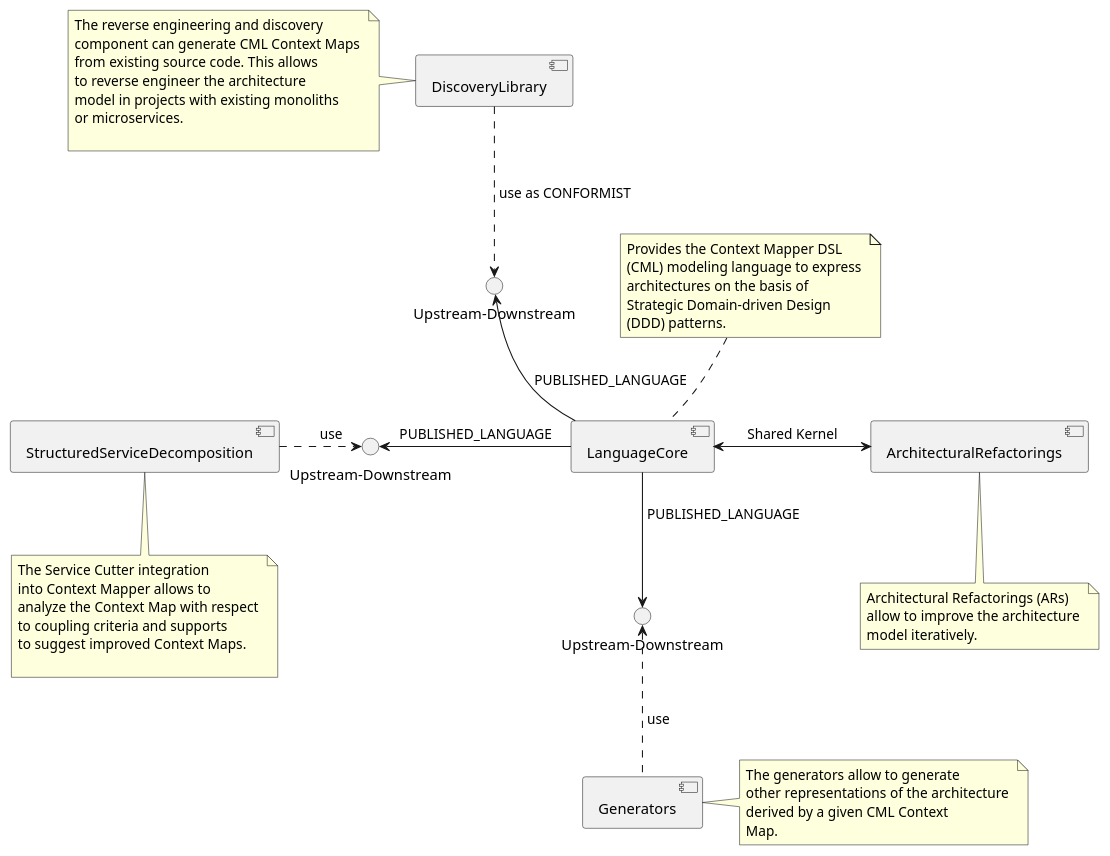
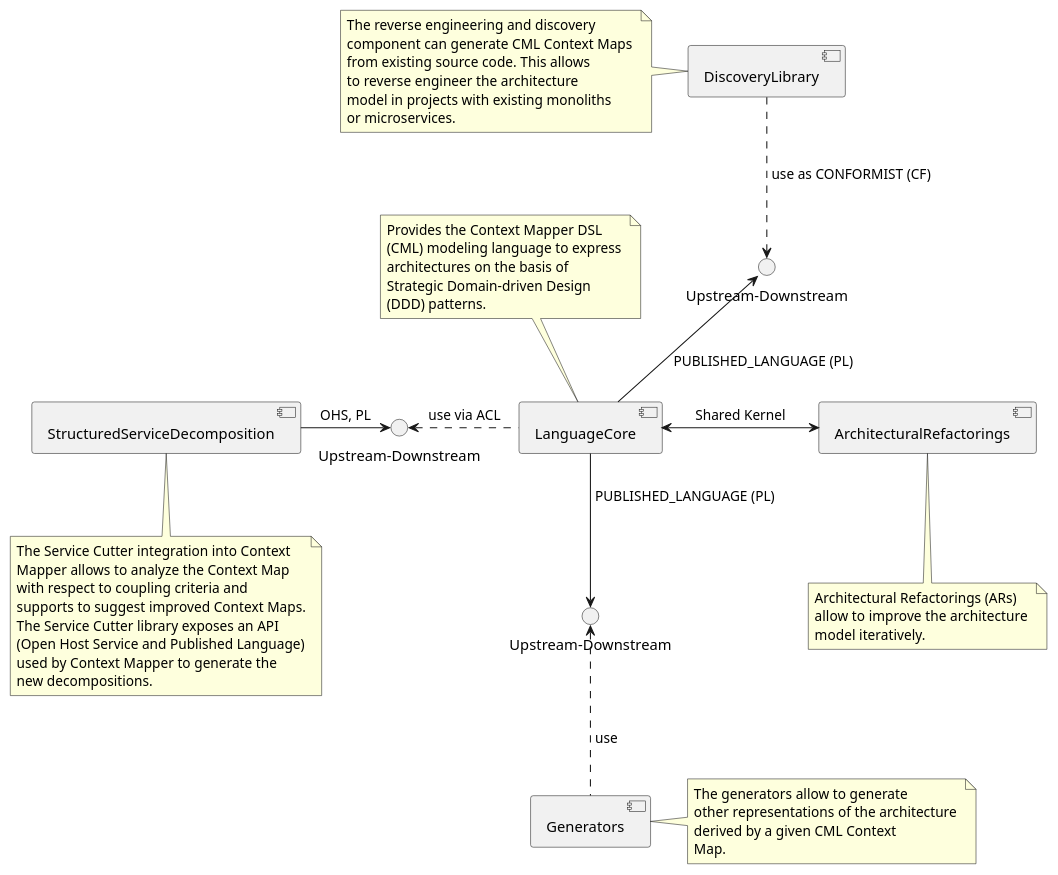
One commit to ContextMapper/context-mapper-examples changed the diagram in src/main/cml/context-mapper-example/images/ContextMapper-Example-Simple_ComponentDiagram.puml. Above: the diagram before and after it, drawn with PlantUML. The commit also changed 5 other files, not shown here.

Commit message:
Correction in Context Mapper example

```diff
--- a/src/main/cml/context-mapper-example/images/ContextMapper-Example-Simple_ComponentDiagram.puml
+++ b/src/main/cml/context-mapper-example/images/ContextMapper-Example-Simple_ComponentDiagram.puml
@@ -1,62 +1,63 @@
 @startuml
 skinparam componentStyle uml2
 
 component [LanguageCore]
 note top of [LanguageCore]
 Provides the Context Mapper DSL 
 (CML) modeling language to express 
 architectures on the basis of 
 Strategic Domain-driven Design 
 (DDD) patterns. 
 end note
 
 component [ArchitecturalRefactorings]
 note bottom of [ArchitecturalRefactorings]
 Architectural Refactorings (ARs) 
 allow to improve the architecture 
 model iteratively. 
 end note
 
 component [StructuredServiceDecomposition]
 note bottom of [StructuredServiceDecomposition]
-The Service Cutter integration 
-into Context Mapper allows to 
-analyze the Context Map with respect 
-to coupling criteria and supports 
-to suggest improved Context Maps. 
-
+The Service Cutter integration into Context 
+Mapper allows to analyze the Context Map 
+with respect to coupling criteria and 
+supports to suggest improved Context Maps.
+The Service Cutter library exposes an API
+(Open Host Service and Published Language)
+used by Context Mapper to generate the
+new decompositions. 
 end note
 
 component [DiscoveryLibrary]
 note left of [DiscoveryLibrary]
 The reverse engineering and discovery 
 component can generate CML Context Maps 
 from existing source code. This allows 
 to reverse engineer the architecture 
 model in projects with existing monoliths 
 or microservices. 
-
 end note
 
 component [Generators]
 note right of [Generators]
 The generators allow to generate 
 other representations of the architecture 
 derived by a given CML Context 
 Map. 
 end note
 
 interface "Upstream-Downstream" as DiscoveryLibrary_to_LanguageCore
-[LanguageCore] -up-> DiscoveryLibrary_to_LanguageCore : PUBLISHED_LANGUAGE
-[DiscoveryLibrary] ..> DiscoveryLibrary_to_LanguageCore : " use as CONFORMIST"
+[LanguageCore] -up-> DiscoveryLibrary_to_LanguageCore : "PUBLISHED_LANGUAGE (PL)"
+[DiscoveryLibrary] ..> DiscoveryLibrary_to_LanguageCore : " use as CONFORMIST (CF)"
 
-interface "Upstream-Downstream" as StructuredServiceDecomposition_to_LanguageCore
-[LanguageCore] -left-> StructuredServiceDecomposition_to_LanguageCore : PUBLISHED_LANGUAGE
-[StructuredServiceDecomposition] .> StructuredServiceDecomposition_to_LanguageCore : "      use" 
+interface "Upstream-Downstream" as LanguageCore_to_StructuredServiceDecomposition
+[StructuredServiceDecomposition] -right-> LanguageCore_to_StructuredServiceDecomposition : "OHS, PL"
+LanguageCore_to_StructuredServiceDecomposition <. [LanguageCore] : "use via ACL" 
 
 [LanguageCore] <-> [ArchitecturalRefactorings] : "    Shared Kernel    "
 
 interface "Upstream-Downstream" as Generators_to_LanguageCore
-[LanguageCore] -down-> Generators_to_LanguageCore : " PUBLISHED_LANGUAGE"
+[LanguageCore] -down-> Generators_to_LanguageCore : " PUBLISHED_LANGUAGE (PL)"
 Generators_to_LanguageCore <.. [Generators] : " use"
 @enduml
```
